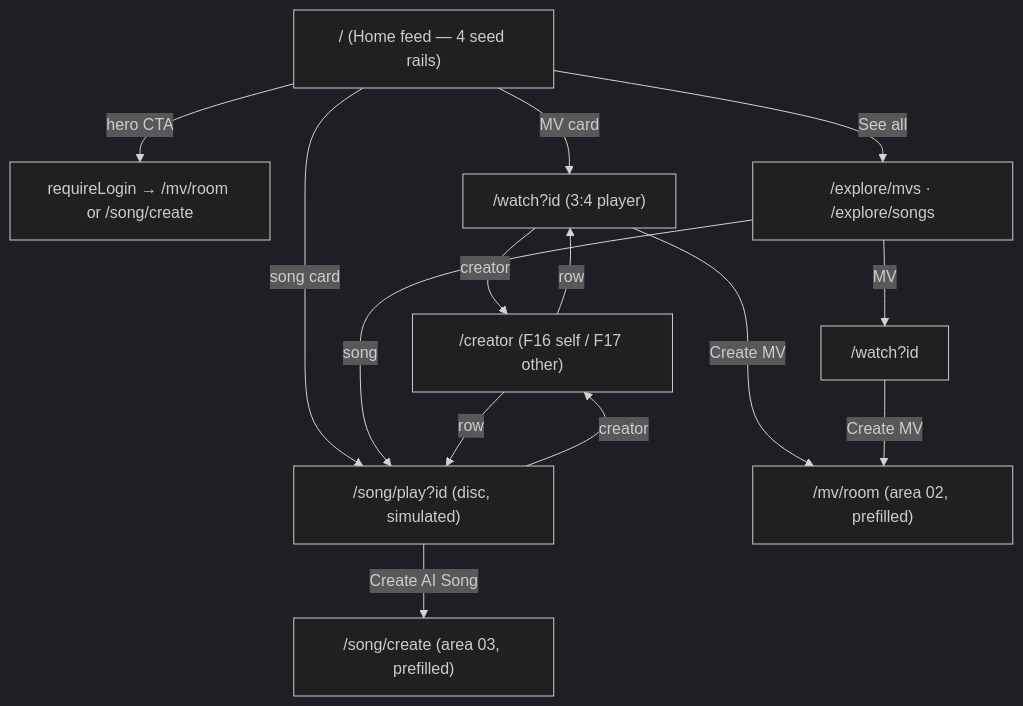
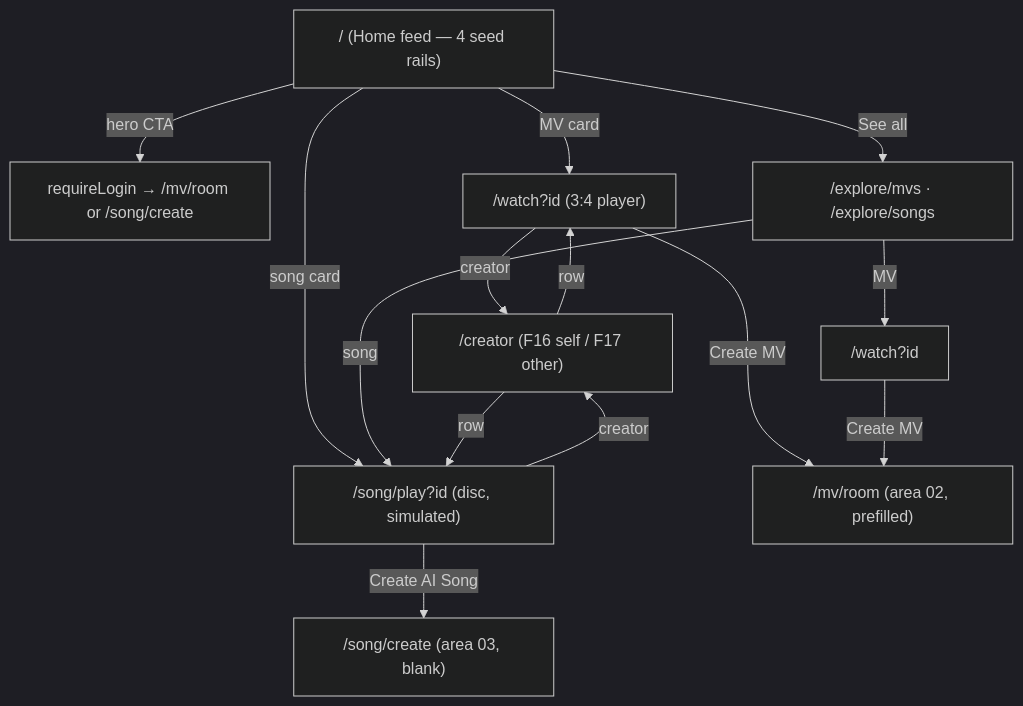
The diagram in web-app/specs/areas/04-explore-community.md (pft-JasonChen/musemv-ai), drawn with Mermaid (dark theme) before and after one commit. The commit also changed other lines of this file and 27 other files, not shown here.

````diff
--- a/web-app/specs/areas/04-explore-community.md
+++ b/web-app/specs/areas/04-explore-community.md
@@ -595,16 +595,16 @@
 ```mermaid
 flowchart TD
   Home["/ (Home feed — 4 seed rails)"] -->|hero CTA| Create["requireLogin → /mv/room or /song/create"]
   Home -->|MV card| Watch["/watch?id (3:4 player)"]
   Home -->|song card| Play["/song/play?id (disc, simulated)"]
   Home -->|See all| Explore["/explore/mvs · /explore/songs"]
   Explore -->|MV| Watch2["/watch?id"]
   Explore -->|song| Play
   Watch -->|creator| Creator["/creator (F16 self / F17 other)"]
   Play -->|creator| Creator
   Watch -->|Create MV| Room["/mv/room (area 02, prefilled)"]
   Watch2 -->|Create MV| Room
-  Play -->|Create AI Song| Song["/song/create (area 03, prefilled)"]
+  Play -->|Create AI Song| Song["/song/create (area 03, blank)"]
   Creator -->|row| Watch
   Creator -->|row| Play
 ```
````
